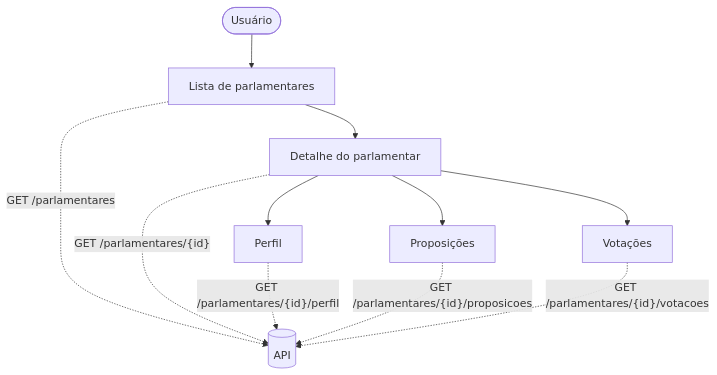
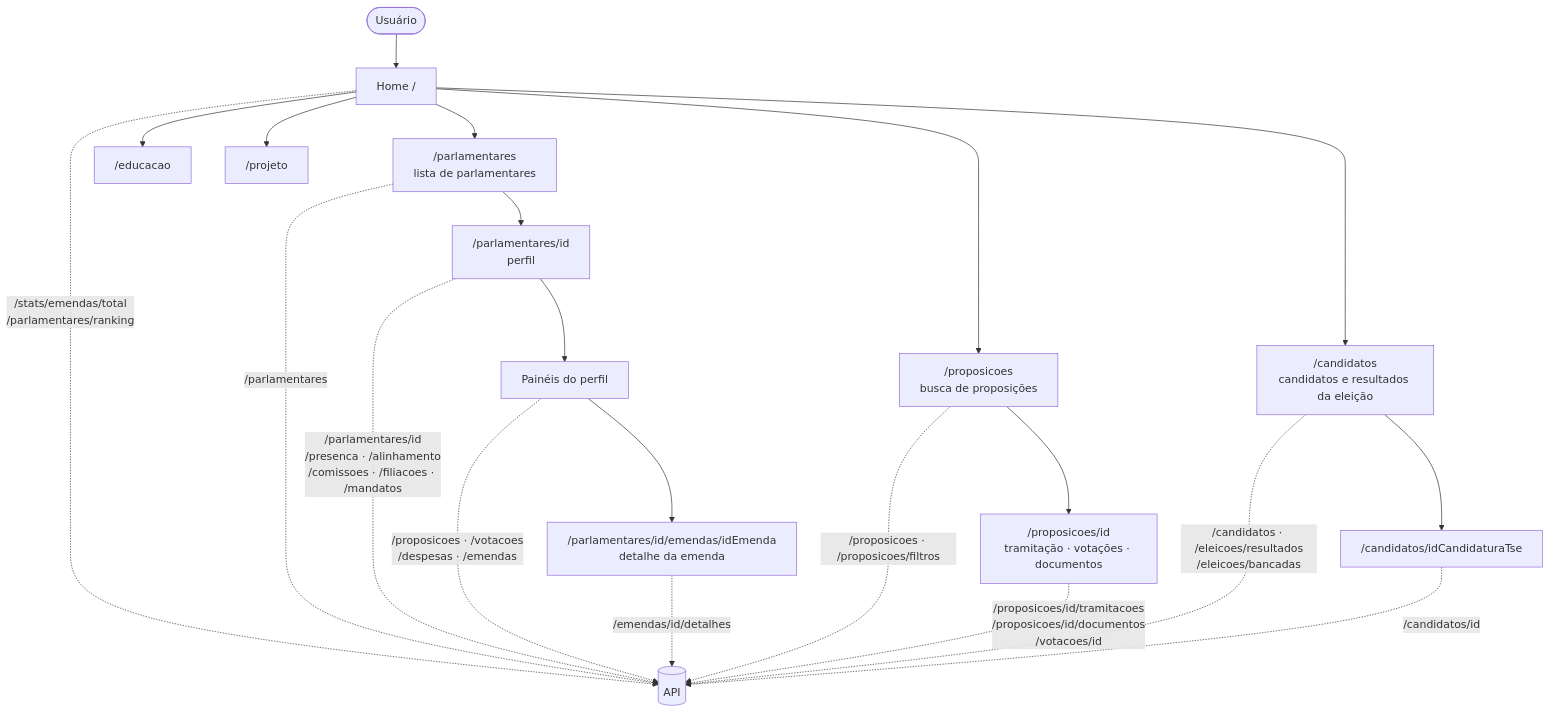
The ninth of 19 diagrams in diagramas.md (Projeto-Voto-Vivo/Documentacao), drawn with Mermaid before and after one commit. The commit also changed other lines of this file, not shown here.

Commit message:
update diagrams

````diff
--- a/diagramas.md
+++ b/diagramas.md
@@ -233,13 +320,27 @@
 ```mermaid
 flowchart TD
-    U(["Usuário"]) --> L["Lista de parlamentares"]
-    L -. "GET /parlamentares" .-> API[("API")]
-    L --> D["Detalhe do parlamentar"]
-    D -. "GET /parlamentares/{id}" .-> API
-    D --> P["Perfil"]
-    D --> PR["Proposições"]
-    D --> V["Votações"]
-    P -. "GET /parlamentares/{id}/perfil" .-> API
-    PR -. "GET /parlamentares/{id}/proposicoes" .-> API
-    V -. "GET /parlamentares/{id}/votacoes" .-> API
+    U(["Usuário"]) --> H["Home /"]
+    H -. "/stats/emendas/total<br/>/parlamentares/ranking" .-> API[("API")]
+
+    H --> L["/parlamentares<br/>lista de parlamentares"]
+    L -. "/parlamentares" .-> API
+    L --> D["/parlamentares/id<br/>perfil"]
+    D -. "/parlamentares/id<br/>/presenca · /alinhamento<br/>/comissoes · /filiacoes · /mandatos" .-> API
+    D --> DP["Painéis do perfil"]
+    DP -. "/proposicoes · /votacoes<br/>/despesas · /emendas" .-> API
+    DP --> EM["/parlamentares/id/emendas/idEmenda<br/>detalhe da emenda"]
+    EM -. "/emendas/id/detalhes" .-> API
+
+    H --> PL["/proposicoes<br/>busca de proposições"]
+    PL -. "/proposicoes · /proposicoes/filtros" .-> API
+    PL --> PD["/proposicoes/id<br/>tramitação · votações · documentos"]
+    PD -. "/proposicoes/id/tramitacoes<br/>/proposicoes/id/documentos<br/>/votacoes/id" .-> API
+
+    H --> CA["/candidatos<br/>candidatos e resultados da eleição"]
+    CA -. "/candidatos · /eleicoes/resultados<br/>/eleicoes/bancadas" .-> API
+    CA --> CD["/candidatos/idCandidaturaTse"]
+    CD -. "/candidatos/id" .-> API
+
+    H --> ED["/educacao"]
+    H --> PJ["/projeto"]
 ```
````
